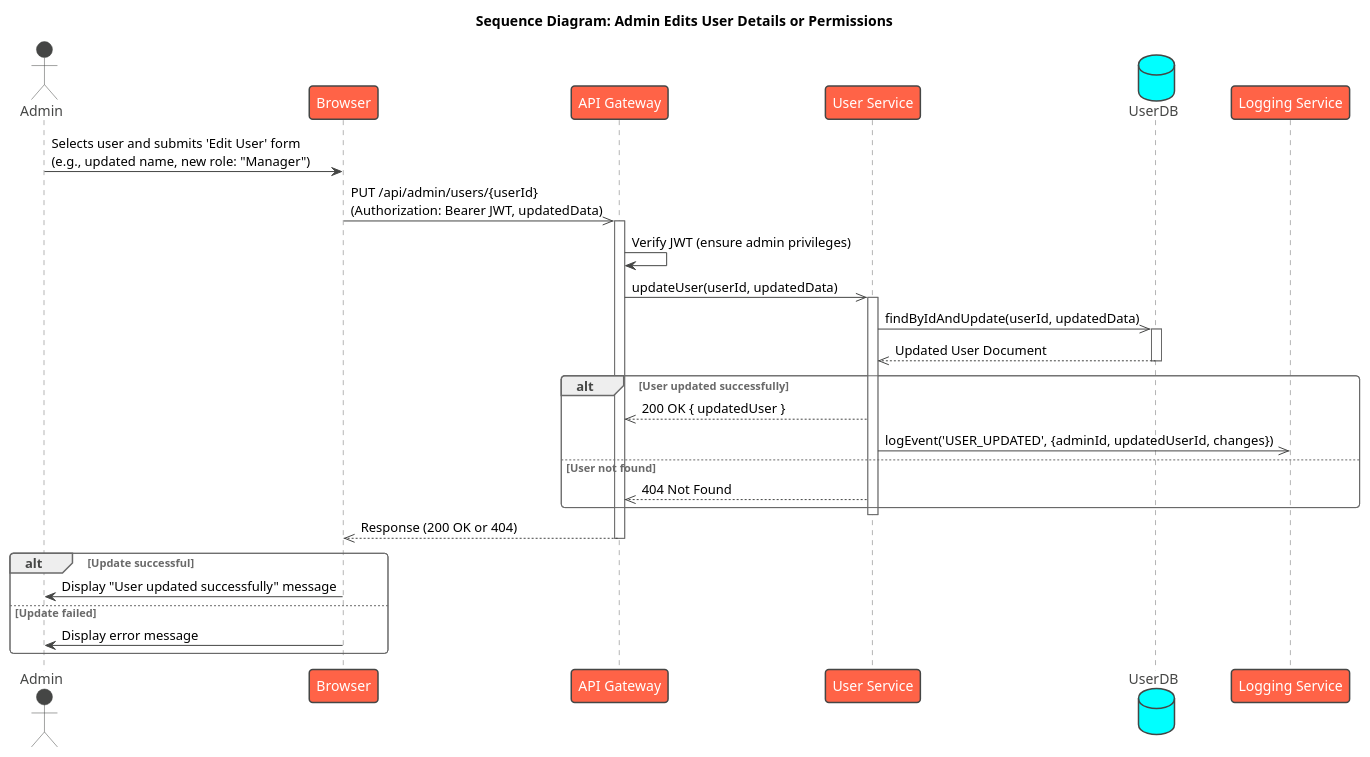
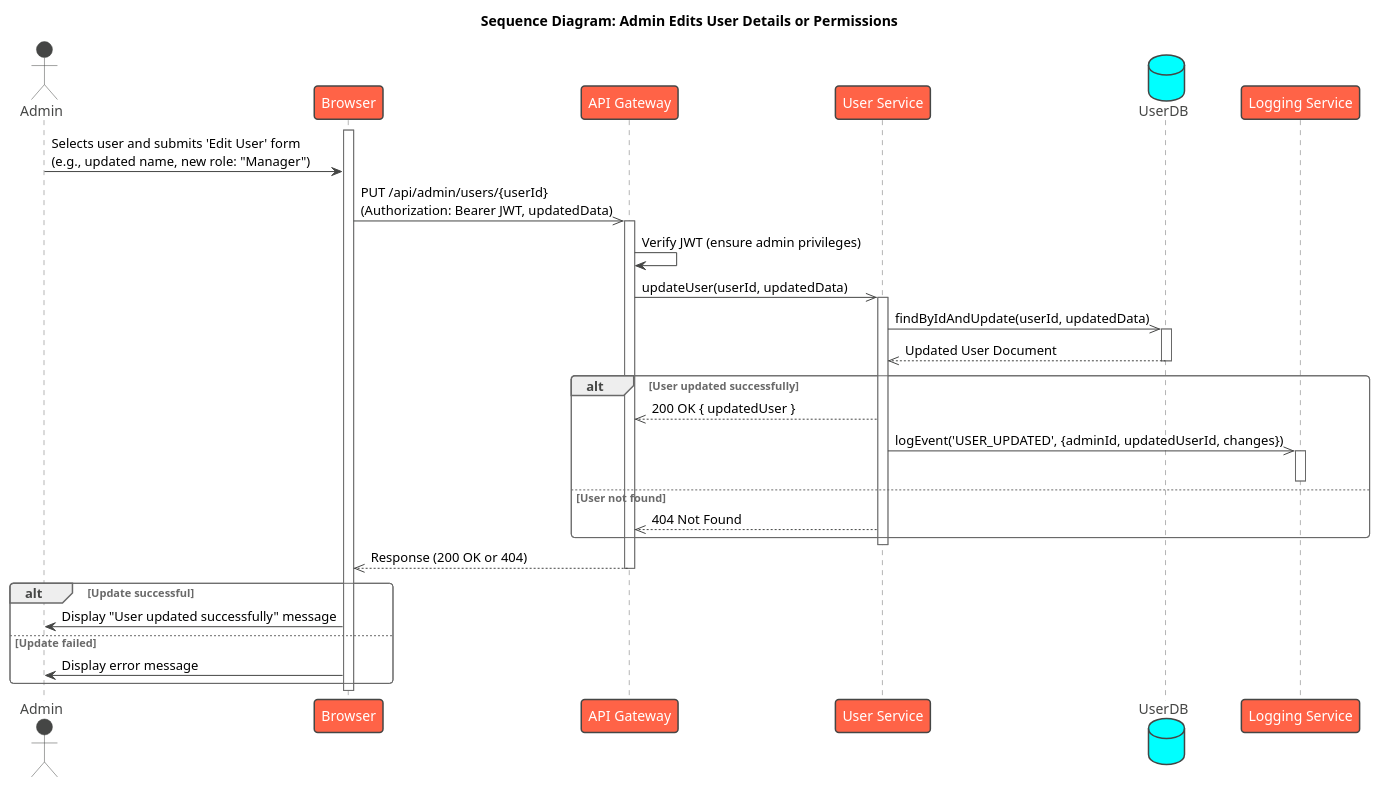
One commit to Arado3333/PageByPage_Israel_Arad changed the diagram in UML/Sequences/Admin/AdminEditUserPerm.puml. Above: the diagram before and after it, drawn with PlantUML. The commit also changed 17 other files, not shown here.

Commit message:
updated diagrams

```diff
--- a/UML/Sequences/Admin/AdminEditUserPerm.puml
+++ b/UML/Sequences/Admin/AdminEditUserPerm.puml
@@ -1,47 +1,52 @@
 @startuml
 !theme vibrant
 
 title Sequence Diagram: Admin Edits User Details or Permissions
 
 actor Admin
 participant Browser
 participant "API Gateway" as Gateway
 participant "User Service" as UserService
 database "UserDB"
 participant "Logging Service" as LoggingService
 
+activate Browser
 Admin -> Browser : Selects user and submits 'Edit User' form\n(e.g., updated name, new role: "Manager")
 
 Browser ->> Gateway : PUT /api/admin/users/{userId}\n(Authorization: Bearer JWT, updatedData)
 activate Gateway
 
 Gateway -> Gateway : Verify JWT (ensure admin privileges)
 Gateway ->> UserService : updateUser(userId, updatedData)
 activate UserService
 
 UserService ->> UserDB : findByIdAndUpdate(userId, updatedData)
 activate UserDB
 UserDB -->> UserService : Updated User Document
 deactivate UserDB
 
 alt User updated successfully
     UserService -->> Gateway : 200 OK { updatedUser }
     
     ' Asynchronous Logging
+    
     UserService ->> LoggingService : logEvent('USER_UPDATED', {adminId, updatedUserId, changes})
+    activate LoggingService
+    deactivate LoggingService
 
 else User not found
     UserService -->> Gateway : 404 Not Found
 end
 
 deactivate UserService
 Gateway -->> Browser : Response (200 OK or 404)
 deactivate Gateway
 
 alt Update successful
     Browser -> Admin : Display "User updated successfully" message
 else Update failed
     Browser -> Admin : Display error message
 end
+deactivate Browser
 
 @enduml
```
